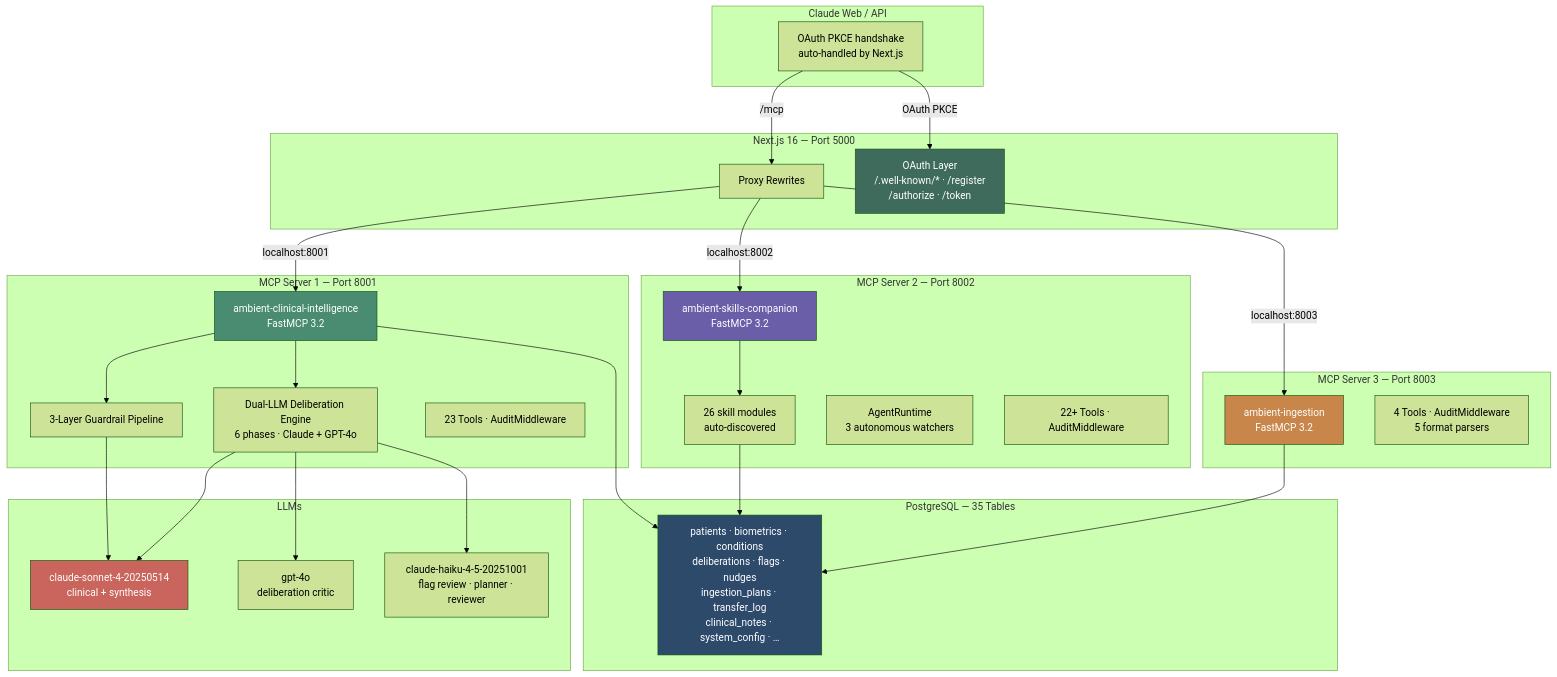
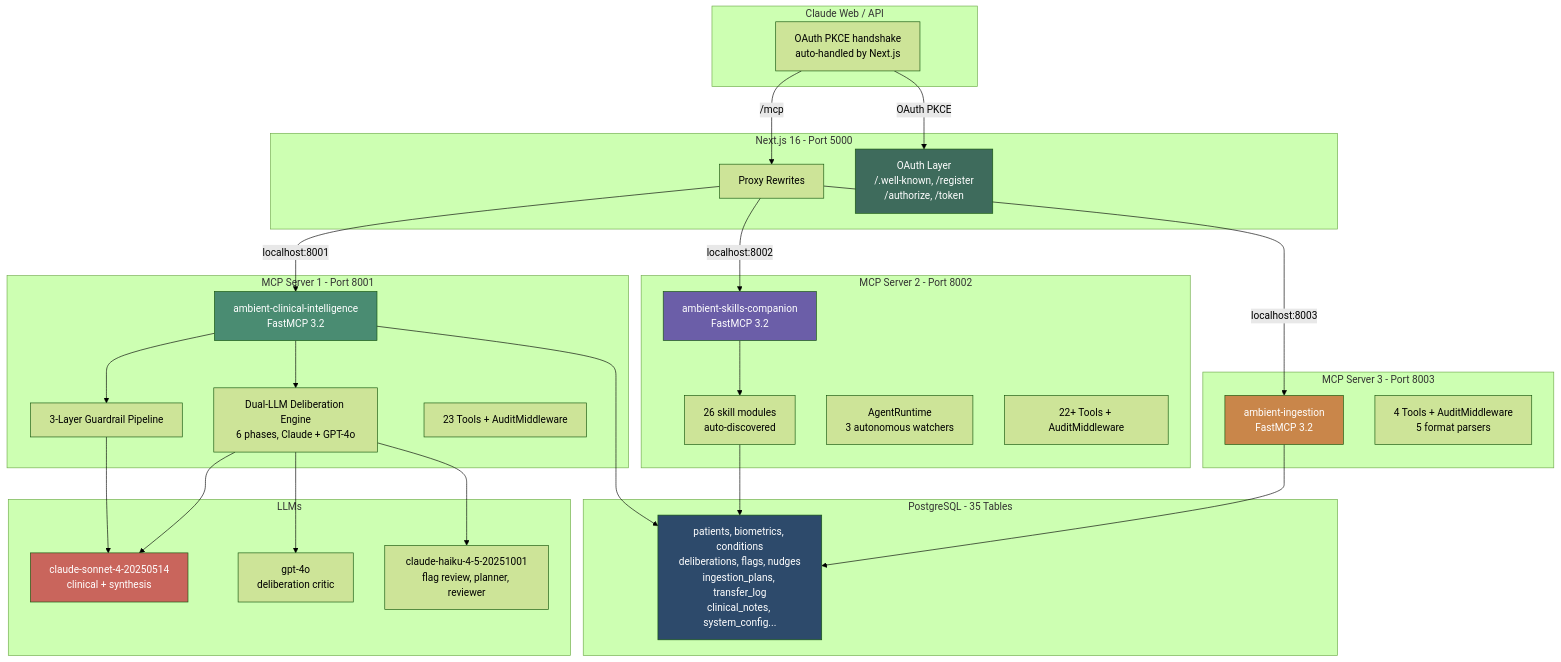
One commit to aliomraniH/ambient-patient-companion changed the third of 8 diagrams in README.md. Above: the diagram before and after it, drawn with Mermaid (forest theme). The commit also changed other lines of this file and 2 other files, not shown here.

First line of the commit message:
Fix broken visuals and update system architecture screenshot

````diff
--- a/README.md
+++ b/README.md
@@ -239,61 +239,61 @@
 ```mermaid
 graph TB
     subgraph "Claude Web / API"
         CW["OAuth PKCE handshake<br/>auto-handled by Next.js"]
     end
 
-    subgraph "Next.js 16 — Port 5000"
+    subgraph "Next.js 16 - Port 5000"
         NX["Proxy Rewrites"]
-        OA["OAuth Layer<br/>/.well-known/* · /register<br/>/authorize · /token"]
+        OA["OAuth Layer<br/>/.well-known, /register<br/>/authorize, /token"]
     end
 
-    subgraph "MCP Server 1 — Port 8001"
+    subgraph "MCP Server 1 - Port 8001"
         S1["ambient-clinical-intelligence<br/>FastMCP 3.2"]
         G1["3-Layer Guardrail Pipeline"]
-        DE["Dual-LLM Deliberation Engine<br/>6 phases · Claude + GPT-4o"]
-        T1["23 Tools · AuditMiddleware"]
+        DE["Dual-LLM Deliberation Engine<br/>6 phases, Claude + GPT-4o"]
+        T1["23 Tools + AuditMiddleware"]
     end
 
-    subgraph "MCP Server 2 — Port 8002"
+    subgraph "MCP Server 2 - Port 8002"
         S2["ambient-skills-companion<br/>FastMCP 3.2"]
         SK["26 skill modules<br/>auto-discovered"]
         AR["AgentRuntime<br/>3 autonomous watchers"]
-        T2["22+ Tools · AuditMiddleware"]
+        T2["22+ Tools + AuditMiddleware"]
     end
 
-    subgraph "MCP Server 3 — Port 8003"
+    subgraph "MCP Server 3 - Port 8003"
         S3["ambient-ingestion<br/>FastMCP 3.2"]
-        T3["4 Tools · AuditMiddleware<br/>5 format parsers"]
+        T3["4 Tools + AuditMiddleware<br/>5 format parsers"]
     end
 
-    subgraph "PostgreSQL — 35 Tables"
-        DB["patients · biometrics · conditions<br/>deliberations · flags · nudges<br/>ingestion_plans · transfer_log<br/>clinical_notes · system_config · …"]
+    subgraph "PostgreSQL - 35 Tables"
+        DB["patients, biometrics, conditions<br/>deliberations, flags, nudges<br/>ingestion_plans, transfer_log<br/>clinical_notes, system_config..."]
     end
 
     subgraph "LLMs"
         AN["claude-sonnet-4-20250514<br/>clinical + synthesis"]
         GP["gpt-4o<br/>deliberation critic"]
-        HA["claude-haiku-4-5-20251001<br/>flag review · planner · reviewer"]
+        HA["claude-haiku-4-5-20251001<br/>flag review, planner, reviewer"]
     end
 
     CW -->|"OAuth PKCE"| OA
     CW -->|"/mcp"| NX
     NX -->|"localhost:8001"| S1
     NX -->|"localhost:8002"| S2
     NX -->|"localhost:8003"| S3
 
     S1 --> G1 --> AN
     S1 --> DE --> AN
     DE --> GP
     DE --> HA
     S1 --> DB
     S2 --> SK --> DB
     S3 --> DB
 
     style S1 fill:#4A8C72,color:#fff
     style S2 fill:#6B5EA8,color:#fff
     style S3 fill:#C9864A,color:#fff
     style DB fill:#2d4a6b,color:#fff
     style AN fill:#c9655c,color:#fff
     style OA fill:#3E6B5C,color:#fff
 ```
````
